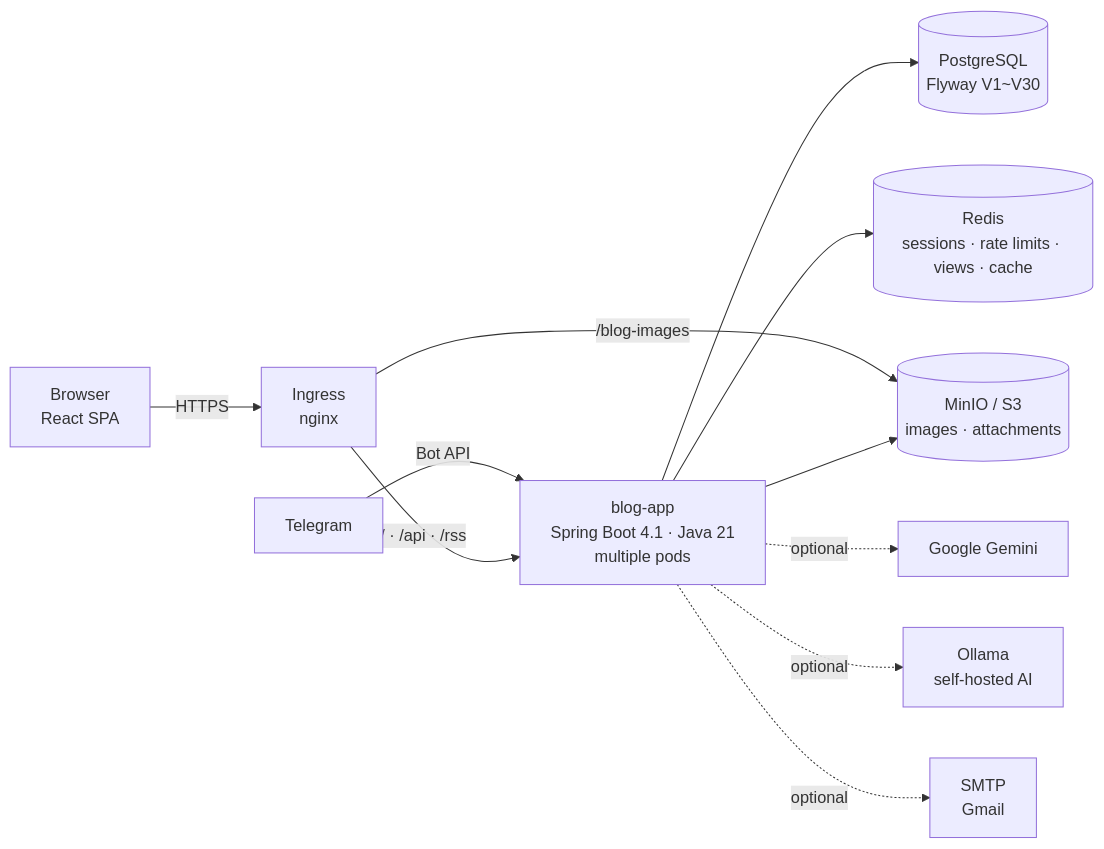
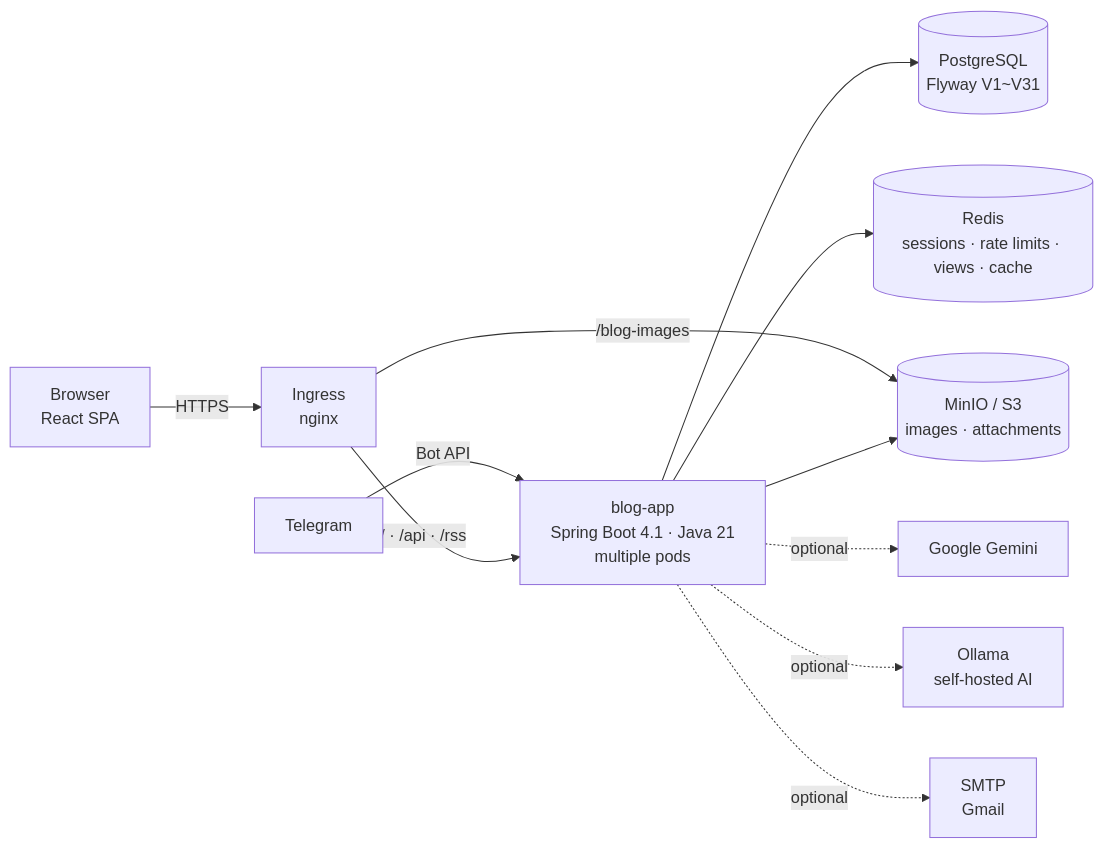
One commit to AIGJ-01-002-blog/Devlog changed the first of 3 diagrams in README.en.md. Above: the diagram before and after it, drawn with Mermaid. The commit also changed other lines of this file and 42 other files, not shown here.

````diff
--- a/README.en.md
+++ b/README.en.md
@@ -151,13 +151,13 @@
 ```mermaid
 flowchart LR
     B[Browser<br/>React SPA] -->|HTTPS| I[Ingress<br/>nginx]
     T[Telegram] -->|Bot API| A
     I -->|/ · /api · /rss| A[blog-app<br/>Spring Boot 4.1 · Java 21<br/>multiple pods]
     I -->|/blog-images| M[(MinIO / S3<br/>images · attachments)]
-    A --> P[(PostgreSQL<br/>Flyway V1~V30)]
+    A --> P[(PostgreSQL<br/>Flyway V1~V31)]
     A --> R[(Redis<br/>sessions · rate limits · views · cache)]
     A --> M
     A -.optional.-> G[Google Gemini]
     A -.optional.-> O[Ollama<br/>self-hosted AI]
     A -.optional.-> S[SMTP<br/>Gmail]
 ```
````
